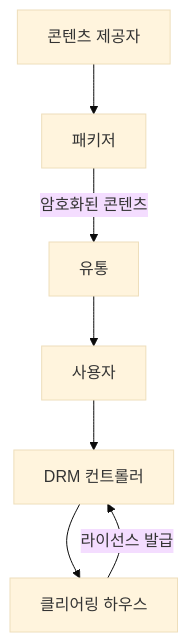
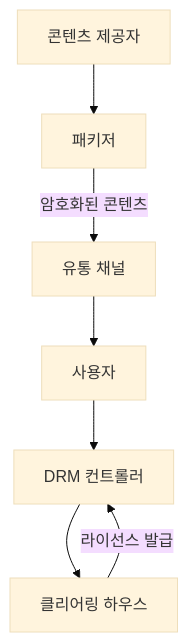
One commit to youngmin-gwon/what-i-studied changed the first of 5 diagrams in 01_inbox/security/digital-content-protection.md. Above: the diagram before and after it, drawn with Mermaid (base theme). The commit also changed other lines of this file and 52 other files, not shown here.

````diff
--- a/01_inbox/security/digital-content-protection.md
+++ b/01_inbox/security/digital-content-protection.md
@@ -23,10 +22,10 @@
 ```mermaid
 graph TD
     CP[콘텐츠 제공자] --> PKG[패키저]
-    PKG --> |암호화된 콘텐츠| DIST[유통]
+    PKG --> |암호화된 콘텐츠| DIST[유통 채널]
     DIST --> USER[사용자]
     
     USER --> CTRL[DRM 컨트롤러]
     CTRL --> CH[클리어링 하우스]
     CH --> |라이선스 발급| CTRL
 ```
````
